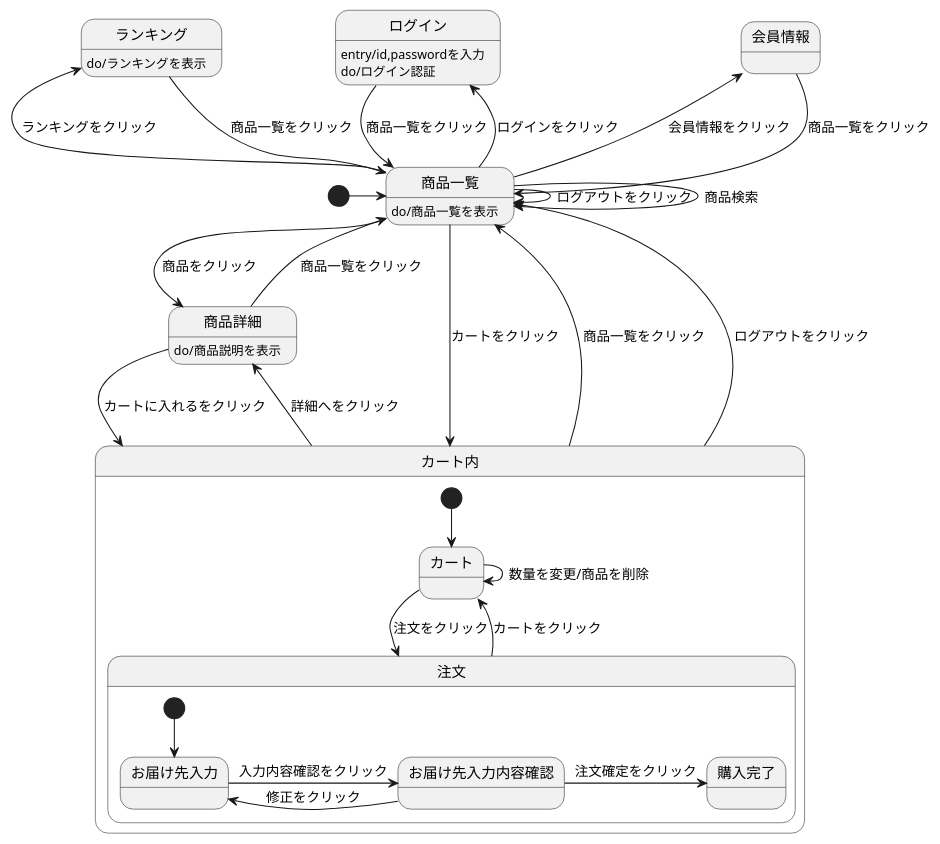
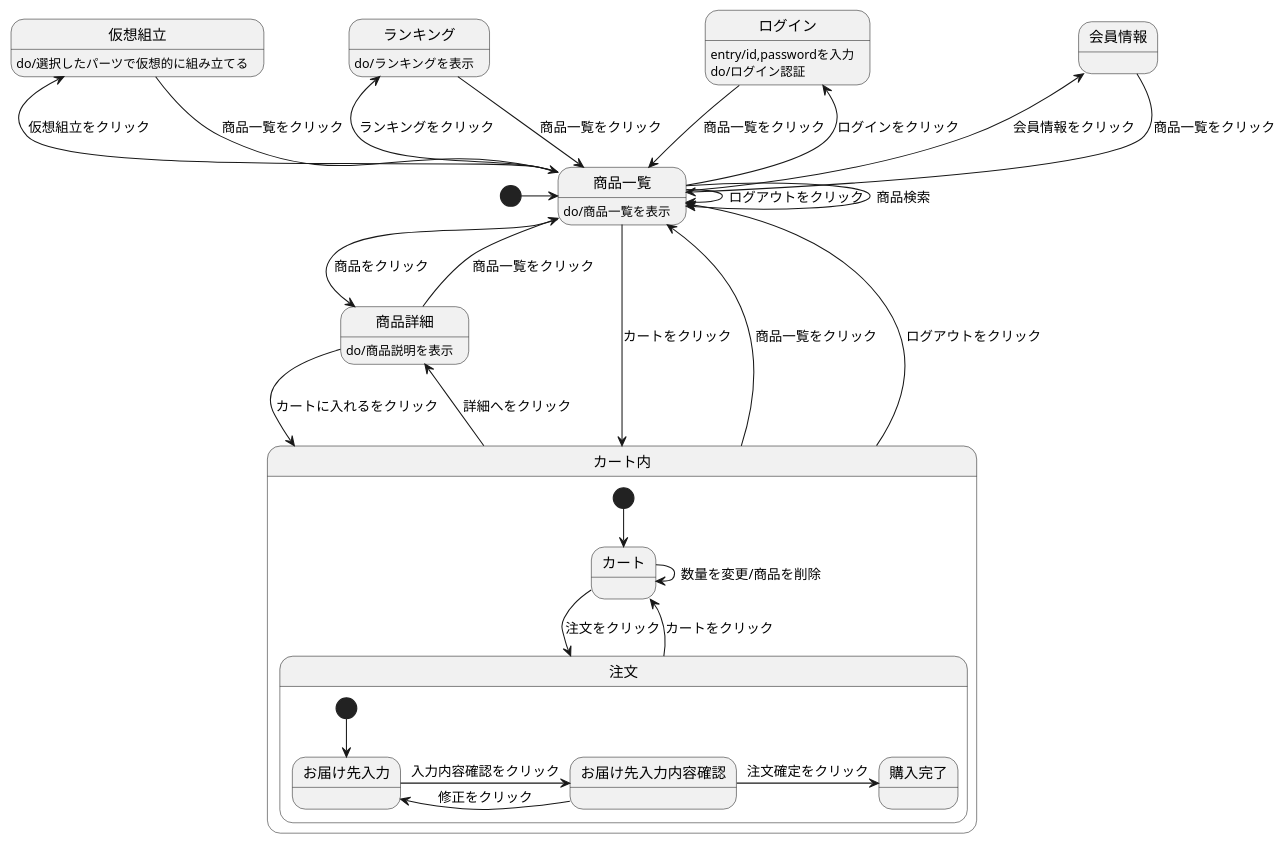
One commit to Aso2001160/2021sys-design changed the diagram in mygse.md. Above: the diagram before and after it, drawn with PlantUML.

````diff
--- a/mygse.md
+++ b/mygse.md
@@ -1,38 +1,41 @@
 ```uml
 @startuml
 [*] -> 商品一覧
 会員情報-->商品一覧 :商品一覧をクリック
 ログイン-->商品一覧 :商品一覧をクリック
 ログイン:entry/id,passwordを入力
 ログイン:do/ログイン認証
 商品一覧 --> 商品一覧 :ログアウトをクリック
 商品一覧-->商品一覧 :商品検索
 商品一覧->商品詳細 :商品をクリック
 商品一覧 -left-> 会員情報 :会員情報をクリック
 商品一覧 -up-> ログイン :ログインをクリック
 商品一覧 -up-> ランキング :ランキングをクリック
+商品一覧 -up-> 仮想組立 :仮想組立をクリック
 商品一覧 -->カート内 :カートをクリック
 商品一覧:do/商品一覧を表示
 ランキング-->商品一覧 :商品一覧をクリック
 ランキング:do/ランキングを表示
+仮想組立-->商品一覧 :商品一覧をクリック
+仮想組立:do/選択したパーツで仮想的に組み立てる
 商品詳細-->カート内 :カートに入れるをクリック
 商品詳細-->商品一覧 :商品一覧をクリック
 商品詳細:do/商品説明を表示
 カート内 -up-> 商品一覧 :商品一覧をクリック
 カート内 -up-> 商品一覧 :ログアウトをクリック
 カート内->商品詳細 :詳細へをクリック
 
 state カート内{
 [*]-->カート
 カート->注文 :注文をクリック
 カート->カート :数量を変更/商品を削除
 注文-->カート :カートをクリック
   state 注文{
   [*]-->お届け先入力
   お届け先入力->お届け先入力内容確認 :入力内容確認をクリック
   お届け先入力内容確認->お届け先入力 :修正をクリック
   お届け先入力内容確認->購入完了 :注文確定をクリック
   }
 }
 @enduml
 ```
````
